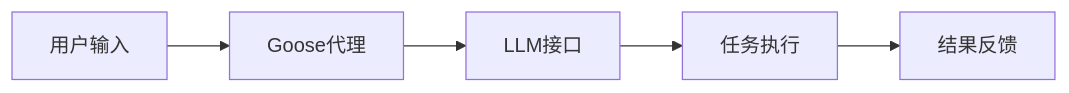
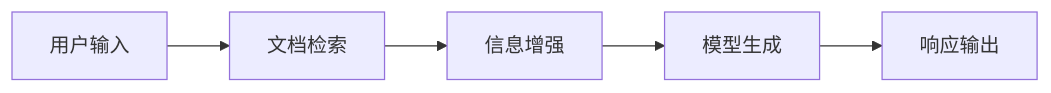
Before and after one commit to wayyoungboy/github-trending-reporter: the third of 7 diagrams in reports/2026/01/2026-01-25.md, drawn with Mermaid. The commit also changed other lines of this file and 1 other file, not shown here.

````diff
--- a/reports/2026/01/2026-01-25.md
+++ b/reports/2026/01/2026-01-25.md
@@ -266,7 +161,7 @@
 ```mermaid
 graph LR
-    A[用户输入] --> B[Goose代理]
-    B --> C[LLM接口]
-    C --> D[任务执行]
-    D --> E[结果反馈]
+    A[用户输入] --> B[文档检索]
+    B --> C[信息增强]
+    C --> D[模型生成]
+    D --> E[响应输出]
 ```
````
